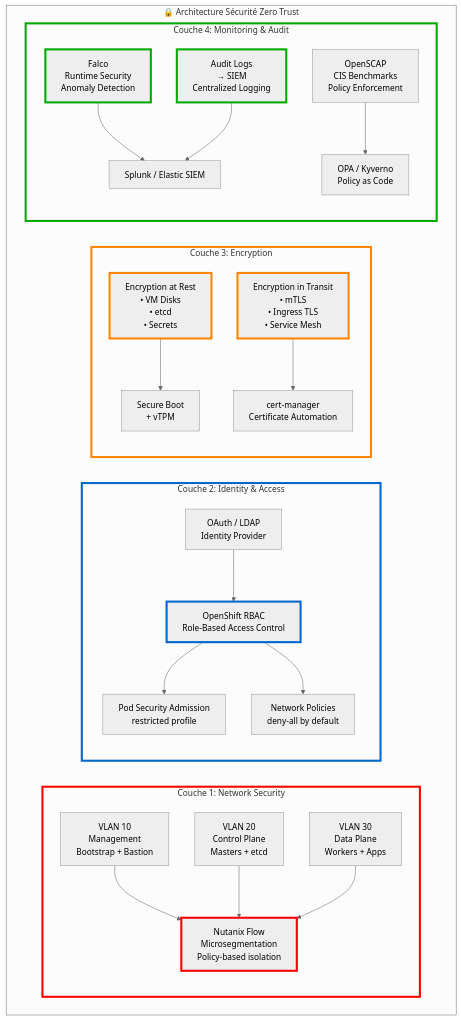
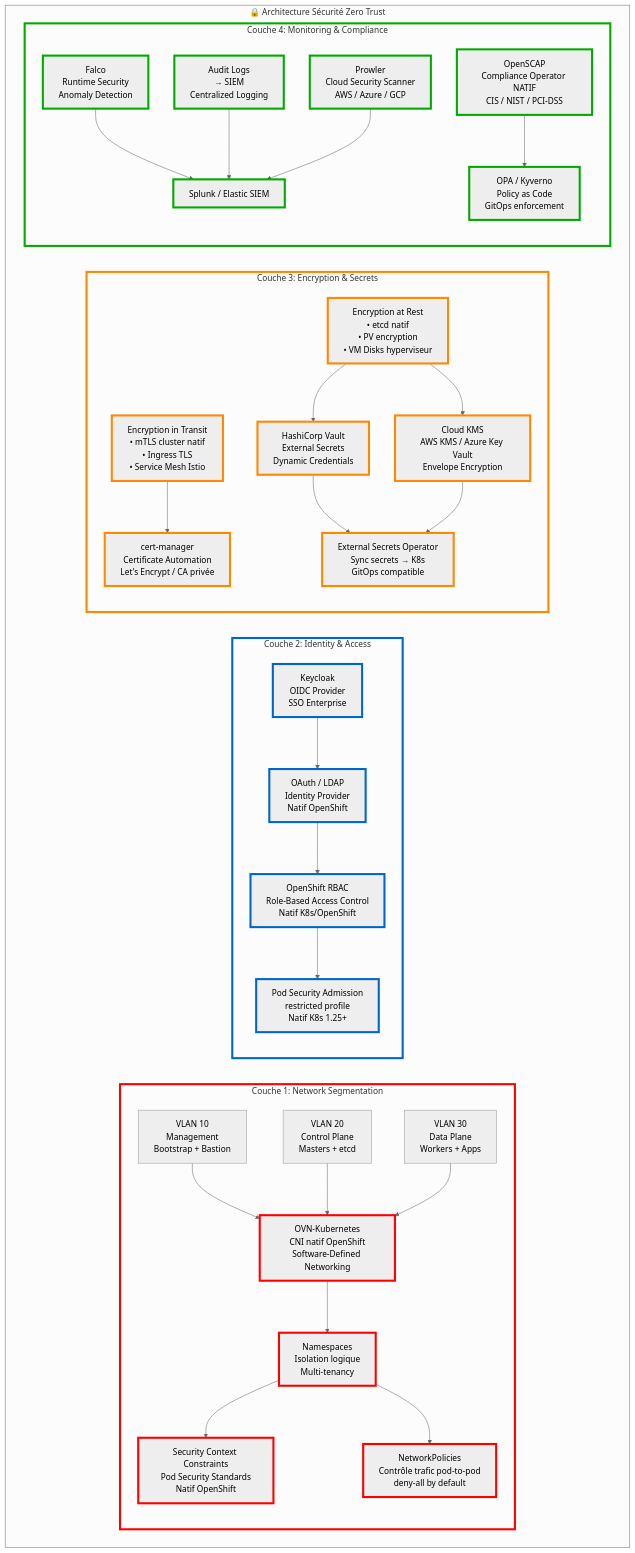
One commit to Z3ROX-lab/gtt-terraform-pour-openshift-UPI changed the seventh of 8 diagrams in DIAGRAMS_MERMAID.md. Above: the diagram before and after it, drawn with Mermaid (neutral theme). The commit also changed other lines of this file, not shown here.

First paragraph of the commit message:
Amélioration diagrammes Mermaid: ajout outils natifs OpenShift + SecOps
**Diagramme 5 - Structure Terraform**:
- ✅ Ajout main.tf et outputs.tf dans section Input
- ✅ Clarification du flow: Input → Execution → Output

````diff
--- a/DIAGRAMS_MERMAID.md
+++ b/DIAGRAMS_MERMAID.md
@@ -440,45 +456,61 @@
 ```mermaid
 graph TB
     subgraph ZeroTrust["🔒 Architecture Sécurité Zero Trust"]
-        subgraph Layer1["Couche 1: Network Security"]
+        subgraph Layer1["Couche 1: Network Segmentation"]
             VLAN1[VLAN 10<br/>Management<br/>Bootstrap + Bastion]
             VLAN2[VLAN 20<br/>Control Plane<br/>Masters + etcd]
             VLAN3[VLAN 30<br/>Data Plane<br/>Workers + Apps]
 
-            Microseg[Nutanix Flow<br/>Microsegmentation<br/>Policy-based isolation]
+            OVN[OVN-Kubernetes<br/>CNI natif OpenShift<br/>Software-Defined Networking]
 
-            VLAN1 --> Microseg
-            VLAN2 --> Microseg
-            VLAN3 --> Microseg
+            NS[Namespaces<br/>Isolation logique<br/>Multi-tenancy]
+            SCC[Security Context Constraints<br/>Pod Security Standards<br/>Natif OpenShift]
+            NetPol[NetworkPolicies<br/>Contrôle trafic pod-to-pod<br/>deny-all by default]
+
+            VLAN1 --> OVN
+            VLAN2 --> OVN
+            VLAN3 --> OVN
+            OVN --> NS
+            NS --> SCC
+            NS --> NetPol
         end
 
         subgraph Layer2["Couche 2: Identity & Access"]
-            RBAC[OpenShift RBAC<br/>Role-Based Access Control]
-            OAuth[OAuth / LDAP<br/>Identity Provider]
-            PSA[Pod Security Admission<br/>restricted profile]
-            NetPol[Network Policies<br/>deny-all by default]
+            RBAC[OpenShift RBAC<br/>Role-Based Access Control<br/>Natif K8s/OpenShift]
+            OAuth[OAuth / LDAP<br/>Identity Provider<br/>Natif OpenShift]
+            Keycloak[Keycloak<br/>OIDC Provider<br/>SSO Enterprise]
+            PSA[Pod Security Admission<br/>restricted profile<br/>Natif K8s 1.25+]
 
             OAuth --> RBAC
+            Keycloak --> OAuth
             RBAC --> PSA
-            RBAC --> NetPol
         end
 
-        subgraph Layer3["Couche 3: Encryption"]
-            AtRest[Encryption at Rest<br/>• VM Disks<br/>• etcd<br/>• Secrets]
-            InTransit[Encryption in Transit<br/>• mTLS<br/>• Ingress TLS<br/>• Service Mesh]
+        subgraph Layer3["Couche 3: Encryption & Secrets"]
+            AtRest[Encryption at Rest<br/>• etcd natif<br/>• PV encryption<br/>• VM Disks hyperviseur]
+            InTransit[Encryption in Transit<br/>• mTLS cluster natif<br/>• Ingress TLS<br/>• Service Mesh Istio]
 
-            AtRest --> SecureBoot[Secure Boot<br/>+ vTPM]
-            InTransit --> CertMgr[cert-manager<br/>Certificate Automation]
+            Vault[HashiCorp Vault<br/>External Secrets<br/>Dynamic Credentials]
+            KMS[Cloud KMS<br/>AWS KMS / Azure Key Vault<br/>Envelope Encryption]
+            ESO[External Secrets Operator<br/>Sync secrets → K8s<br/>GitOps compatible]
+
+            AtRest --> Vault
+            AtRest --> KMS
+            InTransit --> CertMgr[cert-manager<br/>Certificate Automation<br/>Let's Encrypt / CA privée]
+            Vault --> ESO
+            KMS --> ESO
         end
 
-        subgraph Layer4["Couche 4: Monitoring & Audit"]
+        subgraph Layer4["Couche 4: Monitoring & Compliance"]
             Runtime[Falco<br/>Runtime Security<br/>Anomaly Detection]
             Audit[Audit Logs<br/>→ SIEM<br/>Centralized Logging]
-            Compliance[OpenSCAP<br/>CIS Benchmarks<br/>Policy Enforcement]
+            Compliance[OpenSCAP<br/>Compliance Operator NATIF<br/>CIS / NIST / PCI-DSS]
+            Prowler[Prowler<br/>Cloud Security Scanner<br/>AWS / Azure / GCP]
 
             Runtime --> SIEM[Splunk / Elastic SIEM]
             Audit --> SIEM
-            Compliance --> OPA[OPA / Kyverno<br/>Policy as Code]
+            Compliance --> OPA[OPA / Kyverno<br/>Policy as Code<br/>GitOps enforcement]
+            Prowler --> SIEM
         end
     end
 
@@ -486,10 +518,24 @@
     style Layer2 stroke:#0066CC,stroke-width:4px
     style Layer3 stroke:#FF8800,stroke-width:4px
     style Layer4 stroke:#00AA00,stroke-width:4px
-    style Microseg stroke:#FF0000,stroke-width:4px
+    style OVN stroke:#FF0000,stroke-width:4px
+    style NS stroke:#FF0000,stroke-width:4px
+    style SCC stroke:#FF0000,stroke-width:4px
+    style NetPol stroke:#FF0000,stroke-width:4px
     style RBAC stroke:#0066CC,stroke-width:4px
+    style OAuth stroke:#0066CC,stroke-width:4px
+    style Keycloak stroke:#0066CC,stroke-width:4px
+    style PSA stroke:#0066CC,stroke-width:4px
     style AtRest stroke:#FF8800,stroke-width:4px
     style InTransit stroke:#FF8800,stroke-width:4px
+    style Vault stroke:#FF8800,stroke-width:4px
+    style KMS stroke:#FF8800,stroke-width:4px
+    style ESO stroke:#FF8800,stroke-width:4px
+    style CertMgr stroke:#FF8800,stroke-width:4px
     style Runtime stroke:#00AA00,stroke-width:4px
     style Audit stroke:#00AA00,stroke-width:4px
+    style Compliance stroke:#00AA00,stroke-width:4px
+    style Prowler stroke:#00AA00,stroke-width:4px
+    style SIEM stroke:#00AA00,stroke-width:4px
+    style OPA stroke:#00AA00,stroke-width:4px
 ```
````
